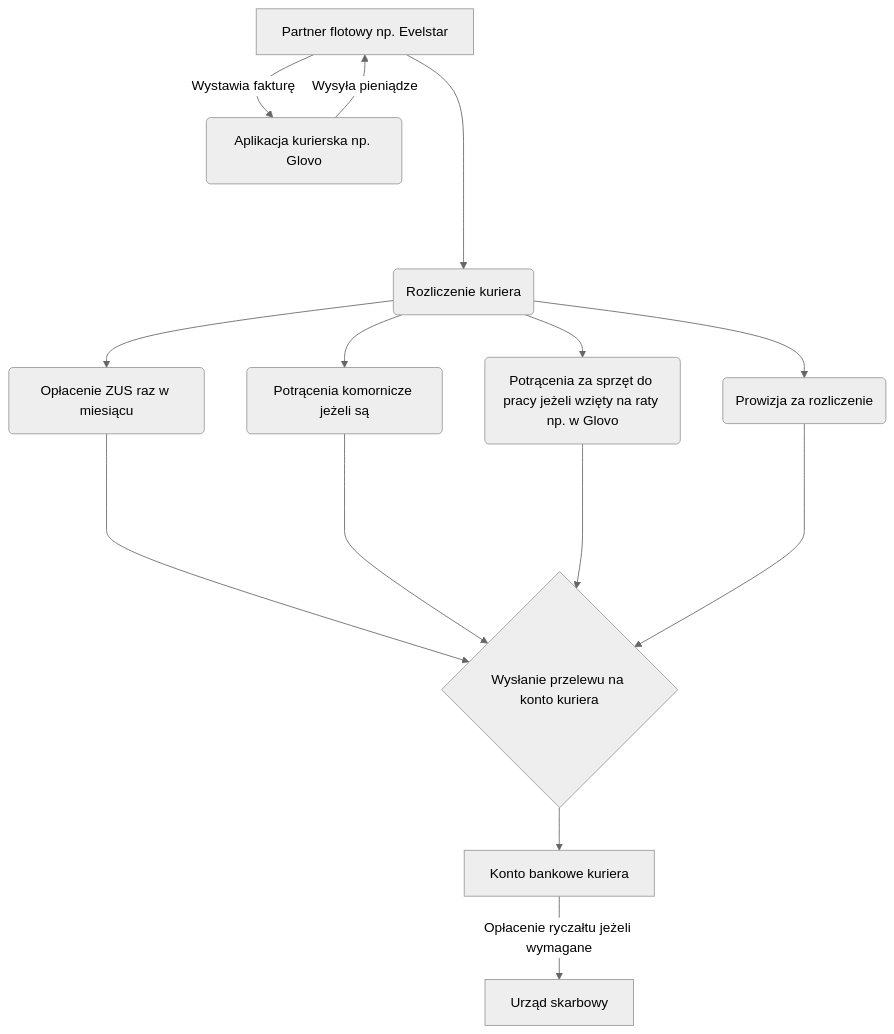
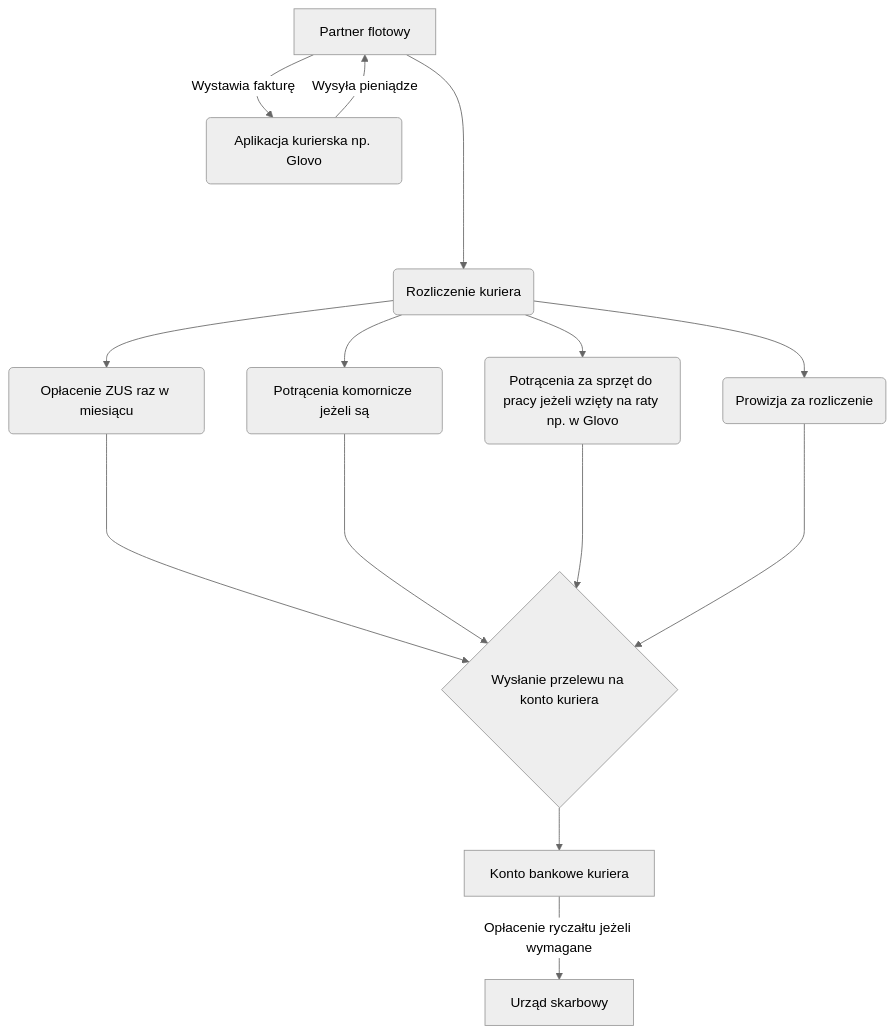
The diagram in content/docs/begin/1-jak-zaczac.md (otlet/dexterawka), drawn with Mermaid (neutral theme) before and after one commit. The commit also changed other lines of this file and 34 other files, not shown here.

````diff
--- a/content/docs/begin/1-jak-zaczac.md
+++ b/content/docs/begin/1-jak-zaczac.md
@@ -124,16 +113,16 @@
 ```mermaid
     flowchart TD
-    A[Partner flotowy np. Evelstar] -->|Wystawia fakturę| B(Aplikacja kurierska np. Glovo)
+    A[Partner flotowy] -->|Wystawia fakturę| B(Aplikacja kurierska np. Glovo)
     B -->|Wysyła pieniądze| A
     A ----> C(Rozliczenie kuriera)
     C --> D(Opłacenie ZUS raz w miesiącu)
     C --> E(Potrącenia komornicze jeżeli są)
     C --> F(Potrącenia za sprzęt do pracy jeżeli wzięty na raty np. w Glovo)
     C --> G(Prowizja za rozliczenie)
 
     D ----> H{Wysłanie przelewu na konto kuriera}
     E ----> H
     F ----> H
     G ----> H
     H --> I[Konto bankowe kuriera]-->|Opłacenie ryczałtu jeżeli wymagane| J[Urząd skarbowy]
 ```
````
